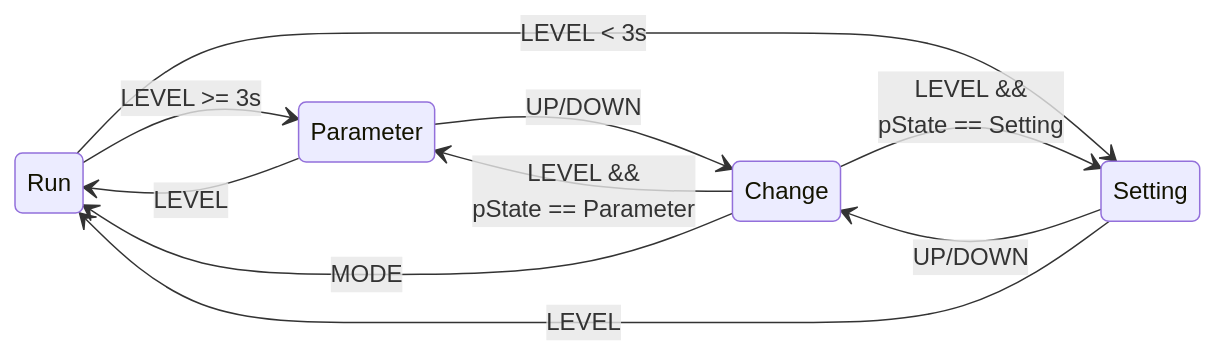
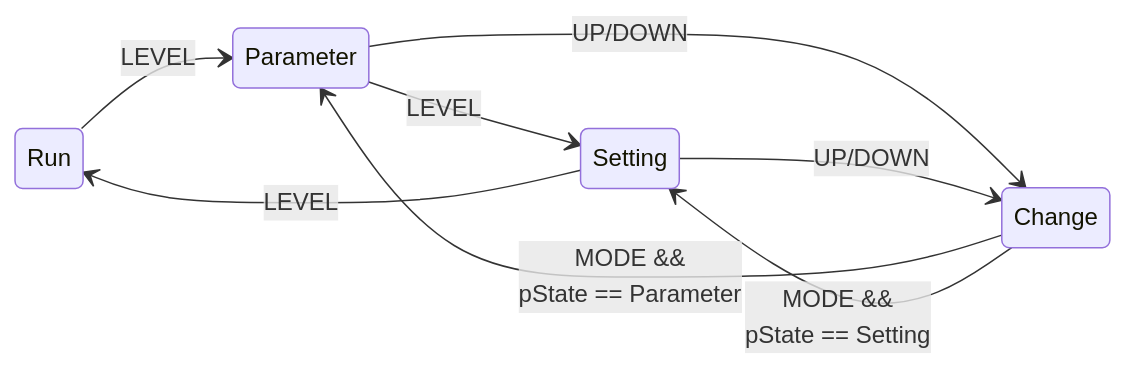
The first of 3 diagrams in interface.md (sondhg/embedded-control-fsm), drawn with Mermaid before and after one commit. The commit also changed other lines of this file and 6 other files, not shown here.

````diff
--- a/interface.md
+++ b/interface.md
@@ -3,29 +3,26 @@
 ```mermaid
 stateDiagram-v2
 direction LR
 
     %% states
     run: Run
     param: Parameter
     change: Change
     setting: Setting
     %% Run: the system is running, SV and PV are displayed
-    %% Parameter: the system is in parameter setting mode, Kp, Ki, Kd, SV, AL are displayed and can be selected to be changed in Change mode
-    %% Change: the system is in parameter change mode, where the numeric values of parameters Kp, Ki, Kd, SV, AL can be changed
+    %% Parameter: the system is in parameter setting mode, Kp, Ki, Kd, SV, AL, H are displayed and can be selected to be changed in Change mode
+    %% Change: the system is in parameter change mode, where the numeric values of parameters or settings can be changed
     %% Setting: the system is in setting mode, where the input, output, and control types can be selected to be changed in Change mode
 
     %% 4 buttons: LEVEL, MODE, UP, DOWN
 
-    run --> param: LEVEL >= 3s
-    run --> setting: LEVEL < 3s
-
+    run --> param: LEVEL
+param --> setting: LEVEL
     param --> change: UP/DOWN
-    param --> run: LEVEL
 
     setting --> change: UP/DOWN
     setting --> run: LEVEL
 
-    change --> param: LEVEL &&<br/>pState == Parameter
-    change --> setting: LEVEL &&<br/>pState == Setting
-    change --> run: MODE
+    change --> param: MODE &&<br/>pState == Parameter
+    change --> setting: MODE &&<br/>pState == Setting
 ```
````
